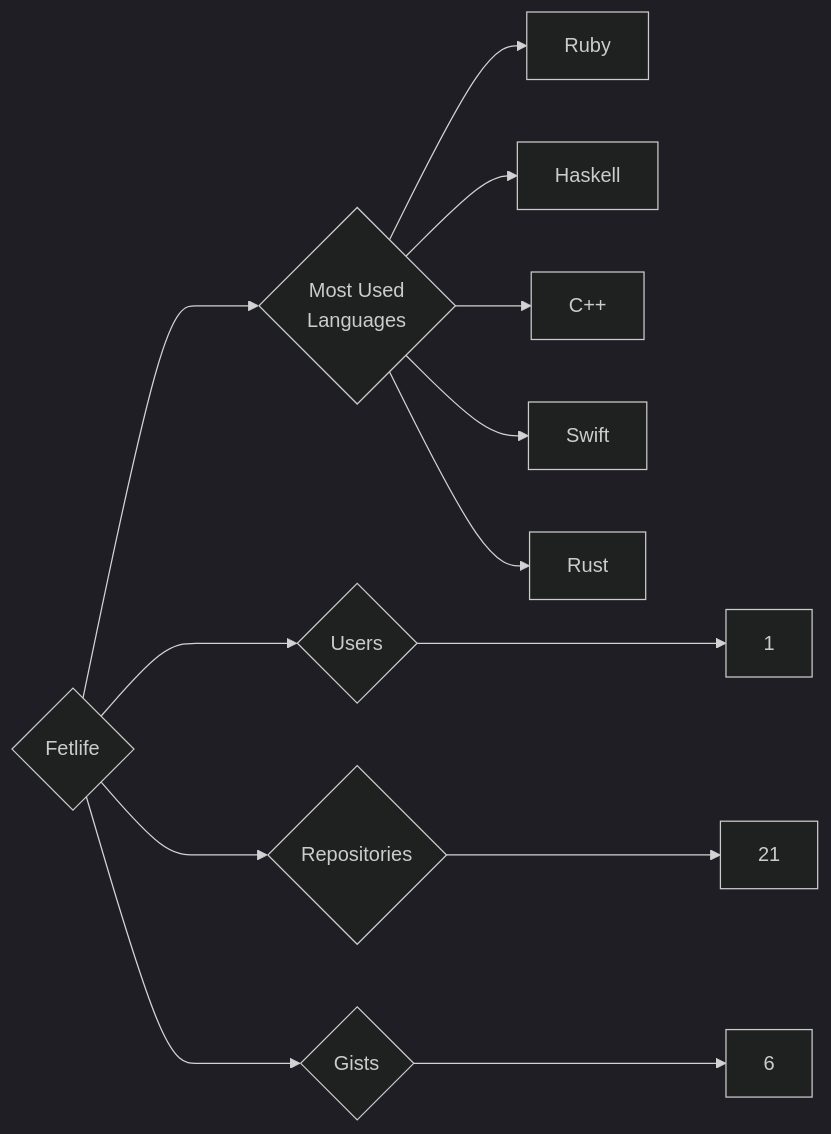
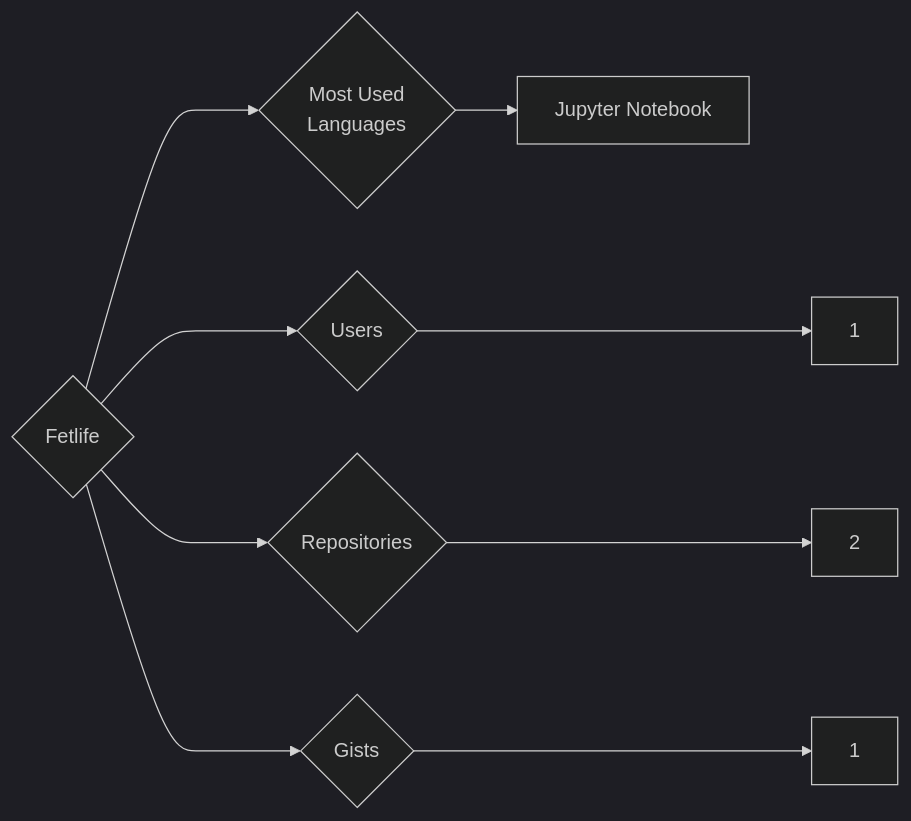
The diagram in targets/Fetlife/README.md (trickest/insiders), drawn with Mermaid (dark theme) before and after one commit. The commit also changed 1089 other files, not shown here.

````diff
--- a/targets/Fetlife/README.md
+++ b/targets/Fetlife/README.md
@@ -3,13 +3,9 @@
 ```mermaid
 graph LR
 COMPANY_NAME{Fetlife}
 COMPANY_NAME ---> U{Users} ---> UN[1]
-COMPANY_NAME ---> R{Repositories} ---> RN[21]
-COMPANY_NAME ---> G{Gists} ---> GN[6]
+COMPANY_NAME ---> R{Repositories} ---> RN[2]
+COMPANY_NAME ---> G{Gists} ---> GN[1]
 COMPANY_NAME ---> ML{Most Used<br>Languages}
-ML --> Ruby[Ruby]
-ML --> Haskell[Haskell]
-ML --> C++[C++]
-ML --> Swift[Swift]
-ML --> Rust[Rust]
+ML --> Jupyter_Notebook[Jupyter Notebook]
 ```
````
